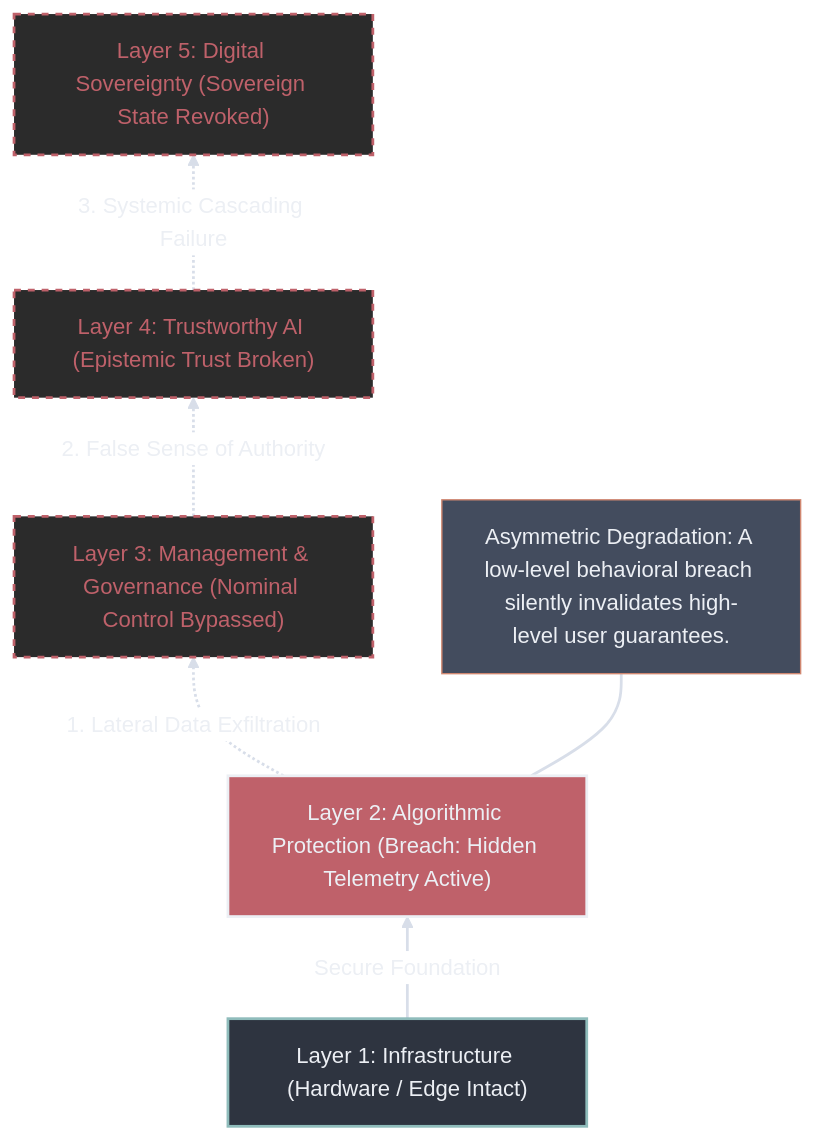
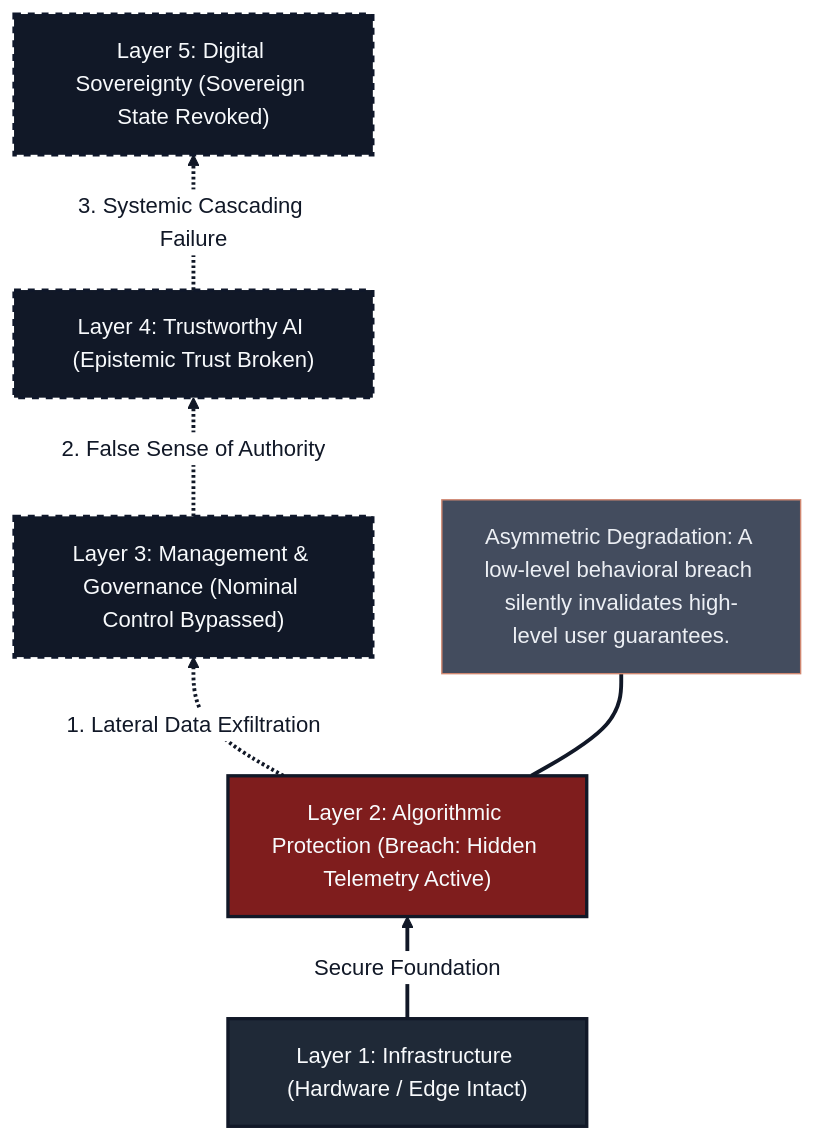
Before and after one commit to FreeOSme/web: the second of 4 diagrams in blog/content/divulgation/digital-sovereignty-architecture.md, drawn with Mermaid (neutral theme). The commit also changed other lines of this file and 6 other files, not shown here.

First line of the commit message:
💄 style(blog): improve diagram contrast and layout

````diff
--- a/blog/content/divulgation/digital-sovereignty-architecture.md
+++ b/blog/content/divulgation/digital-sovereignty-architecture.md
@@ -78,29 +78,29 @@
 ```mermaid
 flowchart BT
     %% Definición de estilos
-    classDef secure fill:#2e3440,stroke:#8fbcbb,stroke-width:2px,color:#eceff4
-    classDef critical fill:#bf616a,stroke:#eceff4,stroke-width:2px,color:#eceff4
-    classDef compromised fill:#2b2b2b,stroke:#bf616a,stroke-width:2px,stroke-dasharray: 5 5,color:#bf616a
+    classDef secure fill:#1f2937,stroke:#111827,stroke-width:2.4px,color:#f8fafc
+    classDef critical fill:#7f1d1d,stroke:#111827,stroke-width:2.4px,color:#f8fafc
+    classDef compromised fill:#111827,stroke:#0f172a,stroke-width:2.4px,stroke-dasharray: 5 5,color:#f8fafc
 
-    %% Forzar flechas y texto de flechas a colores claros para modo oscuro
-    linkStyle default stroke:#d8dee9,stroke-width:2px,color:#eceff4
+    %% Flechas y etiquetas oscuras
+    linkStyle default stroke:#111827,stroke-width:2.8px,color:#111827
 
     %% Nodos de las Capas (Apilados de abajo hacia arriba)
     L1["Layer 1: Infrastructure (Hardware / Edge Intact)"]:::secure
     L2["Layer 2: Algorithmic Protection (Breach: Hidden Telemetry Active)"]:::critical
     L3["Layer 3: Management & Governance (Nominal Control Bypassed)"]:::compromised
     L4["Layer 4: Trustworthy AI (Epistemic Trust Broken)"]:::compromised
     L5["Layer 5: Digital Sovereignty (Sovereign State Revoked)"]:::compromised
 
     %% Relaciones y cascada de fallos
     L1 -->|Secure Foundation| L2
     L2 -.->|1. Lateral Data Exfiltration| L3
     L3 -.->|2. False Sense of Authority| L4
     L4 -.->|3. Systemic Cascading Failure| L5
 
     %% Anotación lateral
     note1["Asymmetric Degradation: A low-level behavioral breach silently invalidates high-level user guarantees."]
     L2 --- note1
     
     style note1 fill:#434c5e,stroke:#d08770,stroke-width:1px,color:#eceff4
 ```
````
